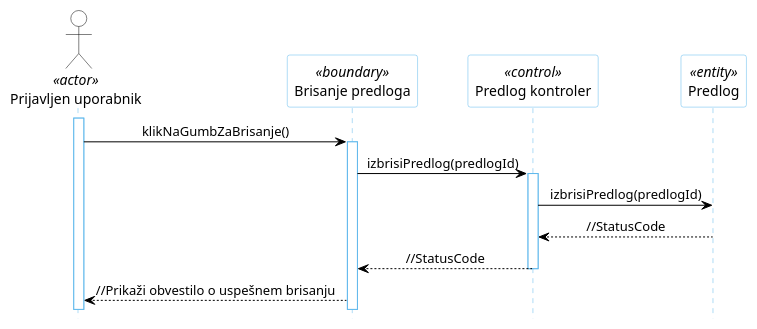
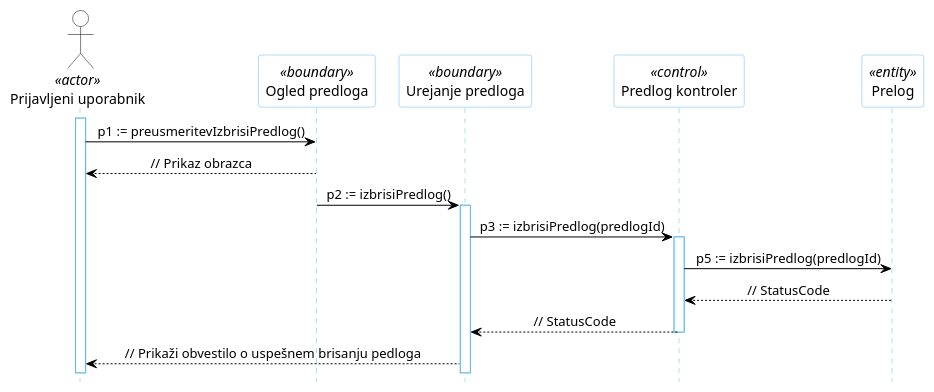
Before and after one commit to kupinah/test-tpo: the diagram in docs/gradivo/plantuml/DZ/15a.puml, drawn with PlantUML. The commit also changed 21 other files, not shown here.

```diff
--- a/docs/gradivo/plantuml/DZ/15a.puml
+++ b/docs/gradivo/plantuml/DZ/15a.puml
@@ -1,29 +1,32 @@
 @startuml
 hide footbox
 
 skinparam backgroundcolor transparent
 skinparam defaultTextAlignment center
 skinparam actorBorderColor black
 skinparam actorBackgroundColor white
-skinparam arrowColor black  
+skinparam arrowColor black
 skinparam sequenceLifeLineBorderColor #5FB8EC
 skinparam sequenceParticipantBorderColor #5FB8EC
 skinparam sequenceParticipantBackgroundColor white
 
-actor "Prijavljen uporabnik" as U1 <<actor>>
+actor "Prijavljeni uporabnik" AS U1 <<actor>>
 
-participant "Brisanje predloga" as R5 <<boundary>>
+participant "Ogled predloga" as R6 <<boundary>>
+participant "Urejanje predloga" as R5 <<boundary>>
 participant "Predlog kontroler" as R2 <<control>>
-participant "Predlog" as R4 <<entity>>
+participant "Prelog" as R4 <<entity>>
 
 activate U1
-U1 -> R5: klikNaGumbZaBrisanje()
+U1 -> R6: p1 := preusmeritevIzbrisiPredlog()
+R6 --> U1: // Prikaz obrazca
+R6 -> R5: p2 := izbrisiPredlog()
 activate R5
-R5 -> R2: izbrisiPredlog(predlogId)
+R5 -> R2: p3 := izbrisiPredlog(predlogId)
 activate R2
-R2 -> R4: izbrisiPredlog(predlogId)
-R4 --> R2: //StatusCode
-R2 --> R5: //StatusCode
+R2 -> R4: p5 := izbrisiPredlog(predlogId)
+R4 --> R2: // StatusCode
+R2 --> R5: // StatusCode
 deactivate R2
-R5 --> U1: //Prikaži obvestilo o uspešnem brisanju
+R5 --> U1: // Prikaži obvestilo o uspešnem brisanju pedloga
 @enduml
```
